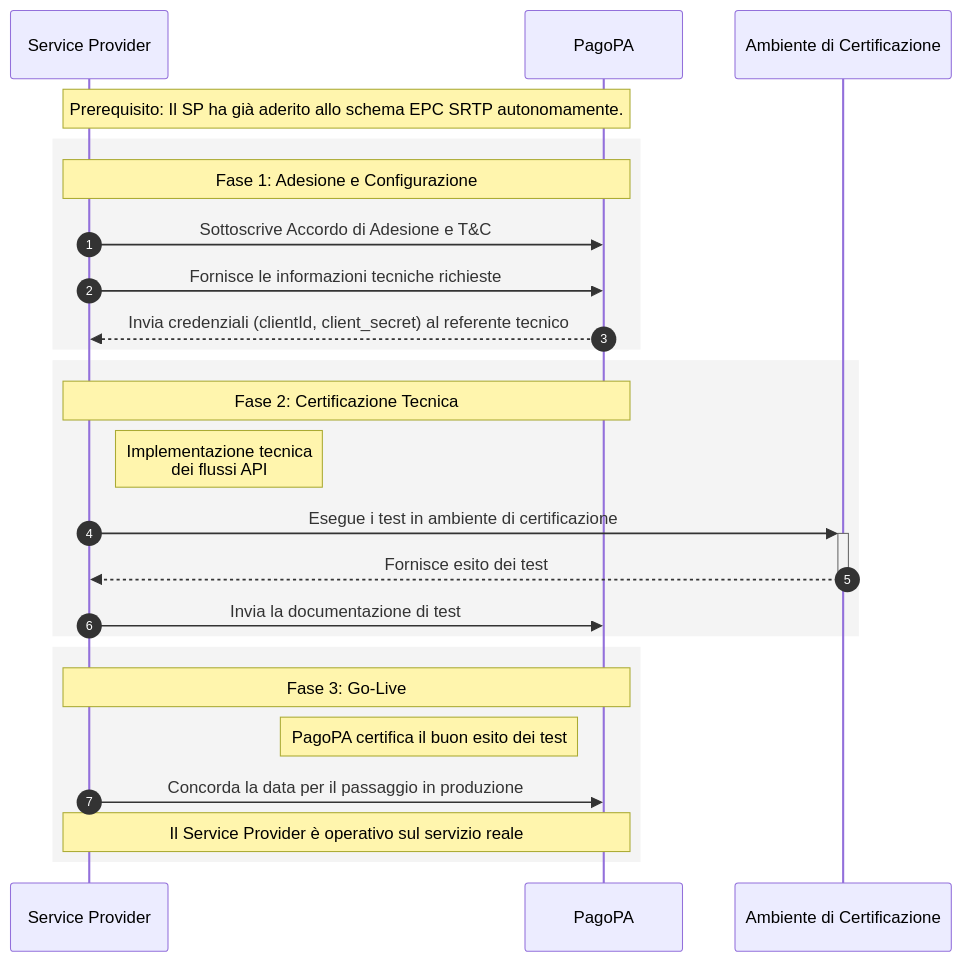
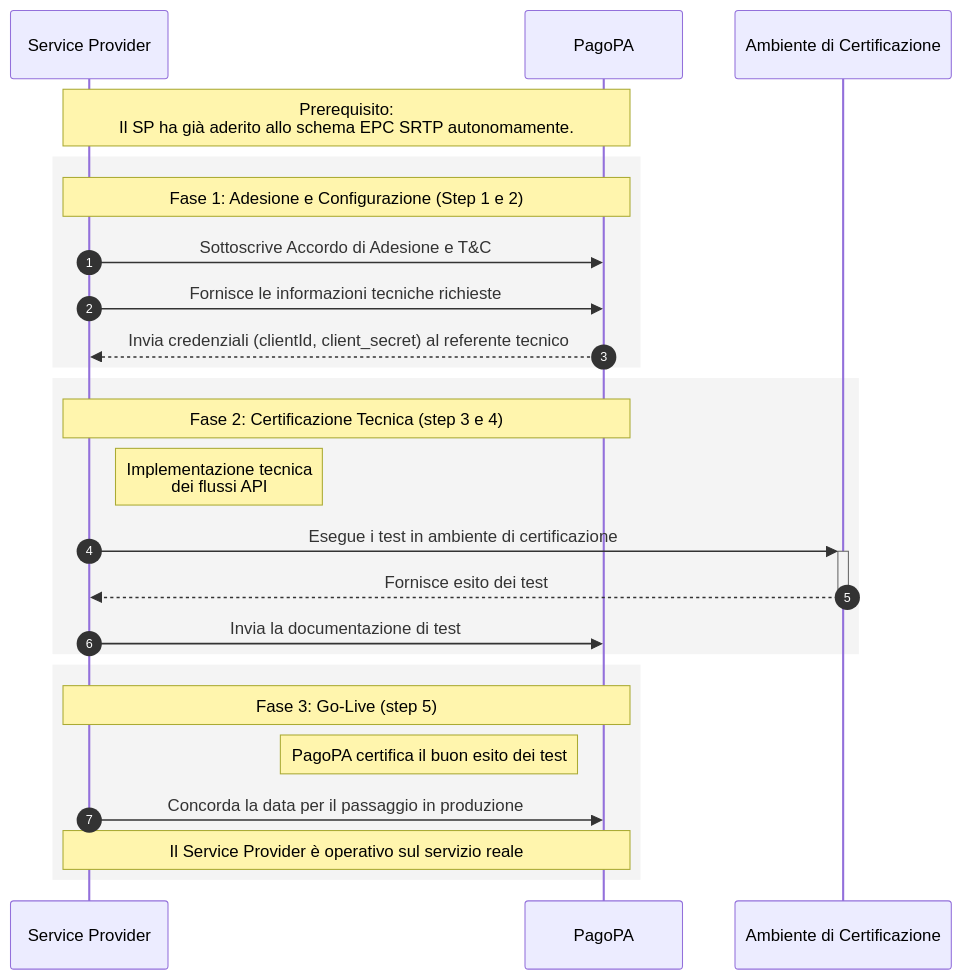
The diagram in docs/ehvH7YE5R9GDHFFfnCv1/tutorial/come-aderire-al-servizio.md (pagopa/devportal-docs), drawn with Mermaid before and after one commit.

Commit message:
GITBOOK-16: fix mermaid sequence diagram

````diff
--- a/docs/ehvH7YE5R9GDHFFfnCv1/tutorial/come-aderire-al-servizio.md
+++ b/docs/ehvH7YE5R9GDHFFfnCv1/tutorial/come-aderire-al-servizio.md
@@ -5,32 +5,32 @@
 ```mermaid
 sequenceDiagram
     autonumber
 
     participant SP as Service Provider
     participant PPA as PagoPA
     participant UAT as Ambiente di Certificazione
 
-    Note over SP, PPA: Prerequisito: Il SP ha già aderito allo schema EPC SRTP autonomamente.
+    Note over SP, PPA: Prerequisito: <br> Il SP ha già aderito allo schema EPC SRTP autonomamente.
 
     rect rgba(240, 240, 240, 0.7)
-        note over SP, PPA: Fase 1: Adesione e Configurazione
+        note over SP, PPA: Fase 1: Adesione e Configurazione (Step 1 e 2)
         SP->>PPA: Sottoscrive Accordo di Adesione e T&C
         SP->>PPA: Fornisce le informazioni tecniche richieste
         PPA-->>SP: Invia credenziali (clientId, client_secret) al referente tecnico
     end
 
     rect rgba(240, 240, 240, 0.7)
-        note over SP, PPA: Fase 2: Certificazione Tecnica
+        note over SP, PPA: Fase 2: Certificazione Tecnica (step 3 e 4)
         Note right of SP: Implementazione tecnica <br>dei flussi API
         SP->>+UAT: Esegue i test in ambiente di certificazione
         UAT-->>-SP: Fornisce esito dei test
         SP->>PPA: Invia la documentazione di test
     end
     
     rect rgba(240, 240, 240, 0.7)
-        note over SP, PPA: Fase 3: Go-Live
+        note over SP, PPA: Fase 3: Go-Live (step 5)
         Note left of PPA: PagoPA certifica il buon esito dei test
         SP->>PPA: Concorda la data per il passaggio in produzione
         Note over SP, PPA: Il Service Provider è operativo sul servizio reale
     end
 ```
````
